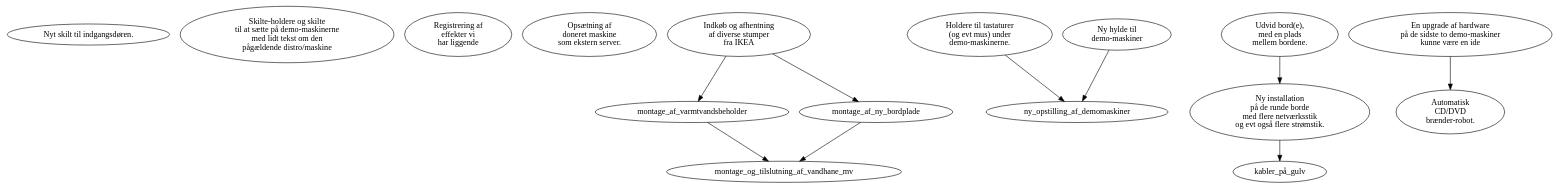
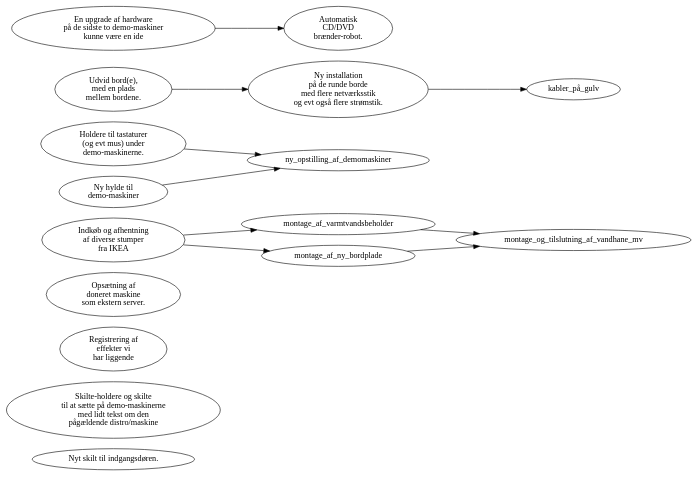
One commit to alslug/alslug.dk changed the diagram in faq/todo.dot. Above: the diagram before and after it, drawn with Graphviz.

```diff
--- a/faq/todo.dot
+++ b/faq/todo.dot
@@ -1,22 +1,23 @@
 digraph xxx {
+    rankdir=LR;
     nyt_dørskilt [ label="Nyt skilt til indgangsdøren." ];
     skilteholdere [ label="Skilte-holdere og skilte \n til at sætte på demo-maskinerne \n med lidt tekst om den \n pågældende distro/maskine" ];
     registerer_udstyr [ label="Registrering af \n effekter vi \n har liggende" ];
     ny_bootserver [ label="Opsætning af \n doneret maskine \n som ekstern server." ];
     
     indkøb_hos_ikea [ label="Indkøb og afhentning \n af diverse stumper \n fra IKEA" ];
     indkøb_hos_ikea -> {montage_af_varmtvandsbeholder,montage_af_ny_bordplade} -> montage_og_tilslutning_af_vandhane_mv
 
     lav_keyboard_holdere [ label="Holdere til tastaturer \n (og evt mus) under \n demo-maskinerne." ];
     hylde_til_demomaskiner [ label="Ny hylde til \n demo-maskiner" ];
     {lav_keyboard_holdere,hylde_til_demomaskiner} -> ny_opstilling_af_demomaskiner;
 
     udvid_borde [ label="Udvid bord(e), \n med en plads \n mellem bordene." ];
     bord_instalationer [ label="Ny installation \n på de runde borde \n med flere netværksstik \n og evt også flere strømstik." ];
     kabler_på_gulv [ labek="Kabler til bordet \n ved projektoren skal \n lægges ned  i \n kabelkanal på gulvet." ];
     udvid_borde -> bord_instalationer -> kabler_på_gulv;
 
     upgrade_demomaskiner [ label="En upgrade af hardware \n på de sidste to demo-maskiner \n kunne være en ide" ];
     cd_brænder [ label="Automatisk \n CD/DVD \n brænder-robot." ];
     upgrade_demomaskiner -> cd_brænder;
 }
```
